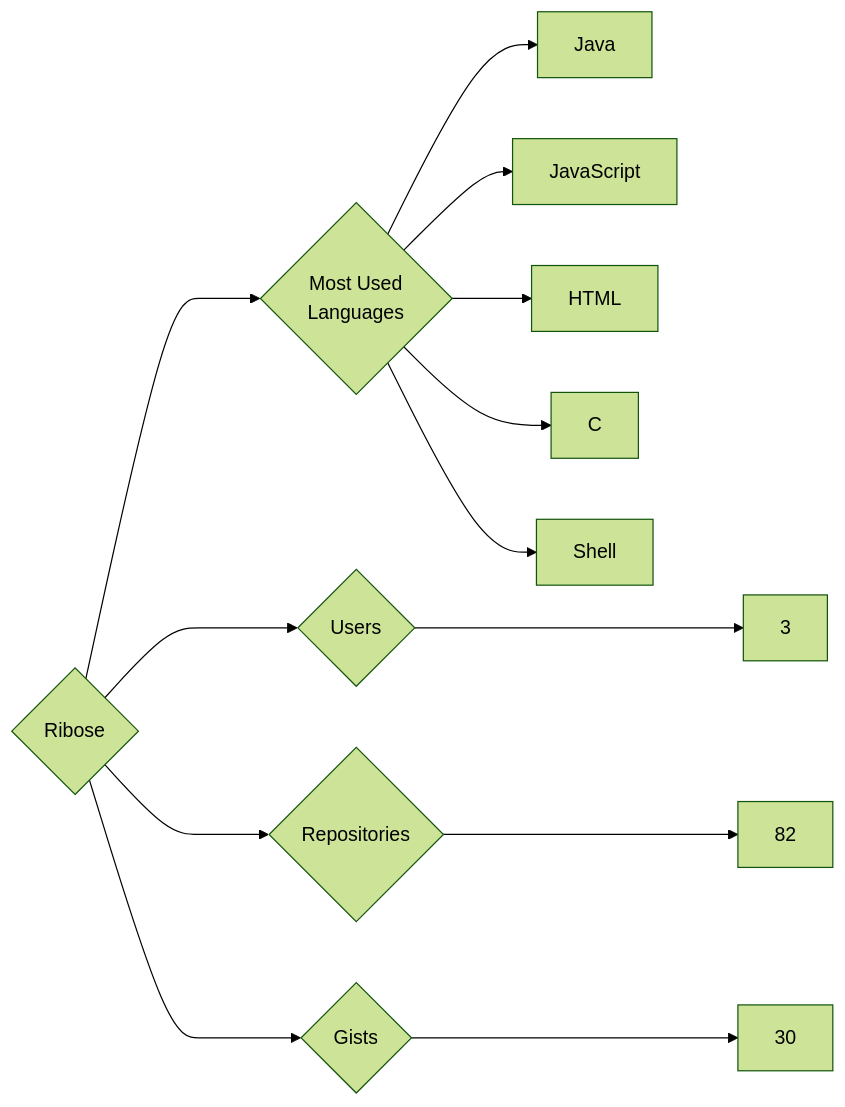
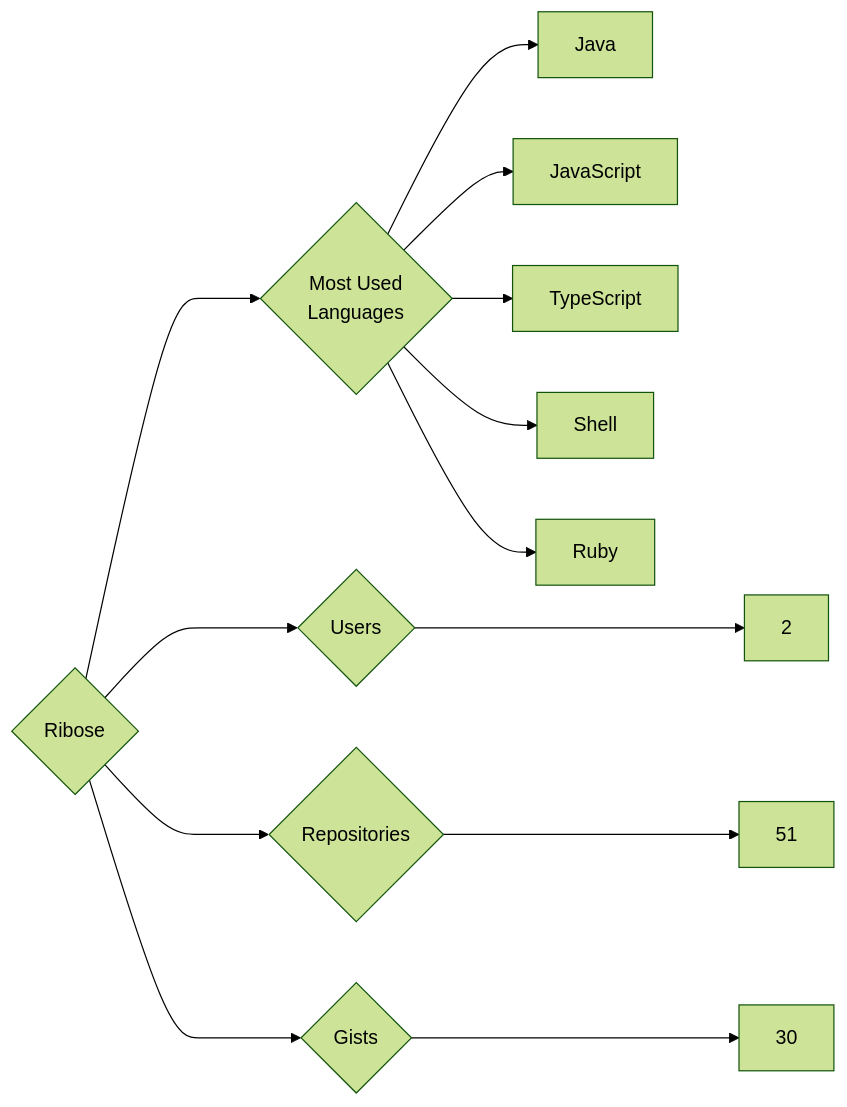
Before and after one commit to trickest/insiders: the diagram in targets/Ribose/README.md, drawn with Mermaid (forest theme). The commit also changed 940 other files, not shown here.

````diff
--- a/targets/Ribose/README.md
+++ b/targets/Ribose/README.md
@@ -3,13 +3,13 @@
 ```mermaid
 graph LR
 COMPANY_NAME{Ribose}
-COMPANY_NAME ---> U{Users} ---> UN[3]
-COMPANY_NAME ---> R{Repositories} ---> RN[82]
+COMPANY_NAME ---> U{Users} ---> UN[2]
+COMPANY_NAME ---> R{Repositories} ---> RN[51]
 COMPANY_NAME ---> G{Gists} ---> GN[30]
 COMPANY_NAME ---> ML{Most Used<br>Languages}
 ML --> Java[Java]
 ML --> JavaScript[JavaScript]
-ML --> HTML[HTML]
-ML --> C[C]
+ML --> TypeScript[TypeScript]
 ML --> Shell[Shell]
+ML --> Ruby[Ruby]
 ```
````
